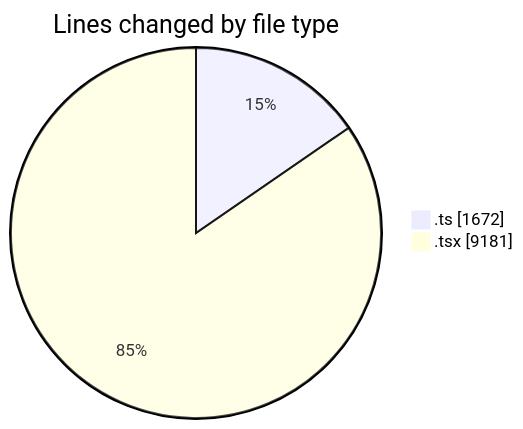
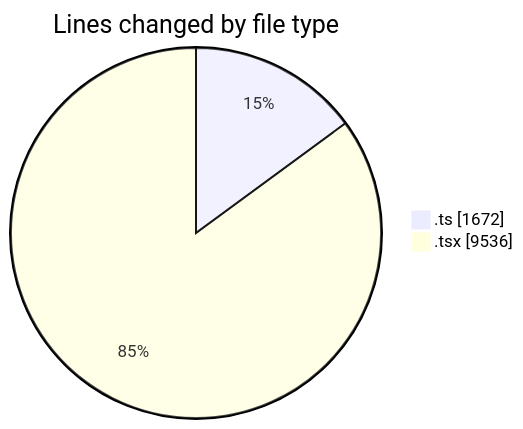
Before and after one commit to nxtqubesakshisongat/code-tracking: the first of 2 diagrams in 2026-08-21/nxtqube_webapp/README.md, drawn with Mermaid. The commit also changed other lines of this file and 1 other file, not shown here.

````diff
--- a/2026-08-21/nxtqube_webapp/README.md
+++ b/2026-08-21/nxtqube_webapp/README.md
@@ -43,6 +44,6 @@
 ```mermaid
 pie showData
 title Lines changed by file type
 ".ts" : 1672
-".tsx" : 9181
+".tsx" : 9536
 ```
````
